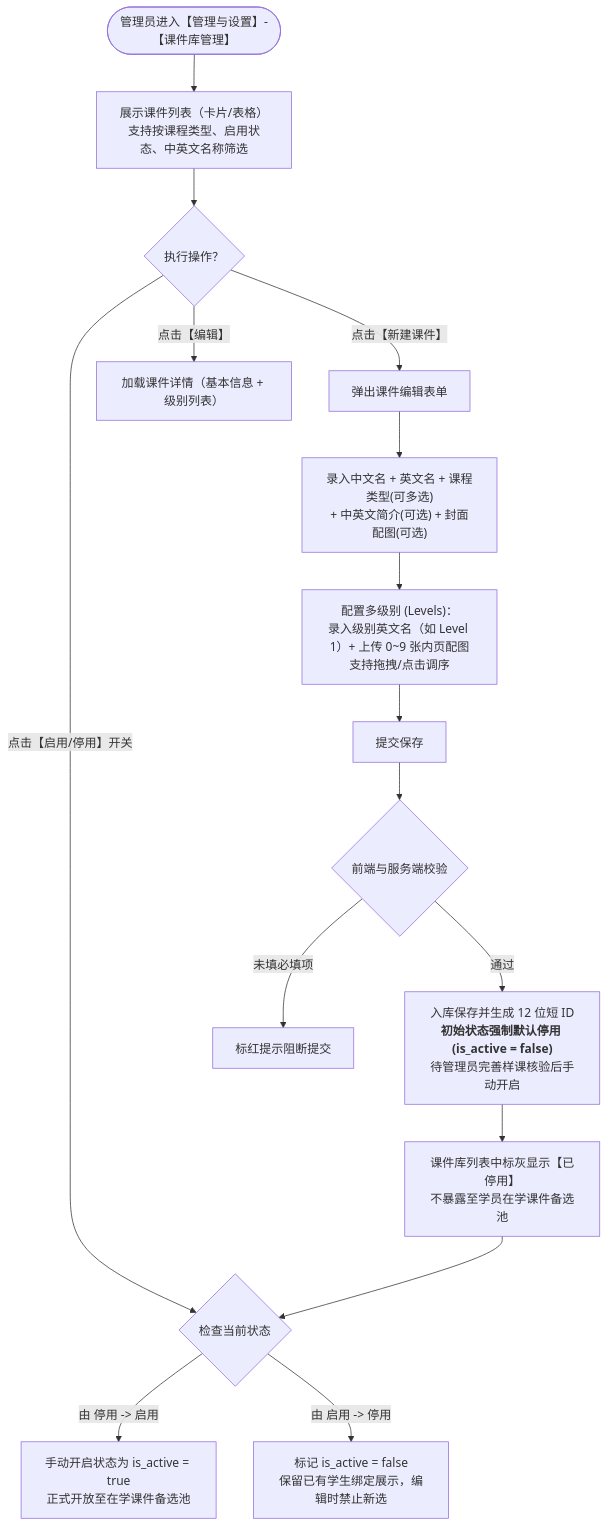
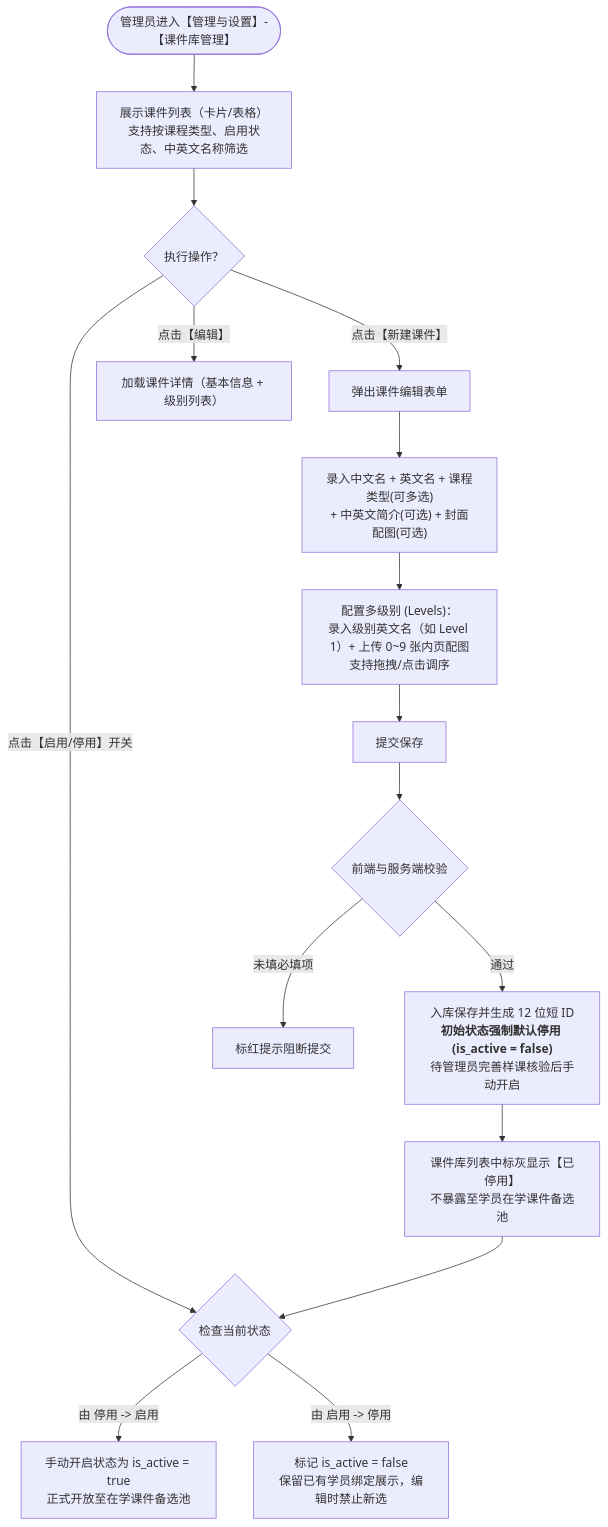
One commit to Onezao/dream changed the first of 4 diagrams in docs/prd/m1e_courseware.md. Above: the diagram before and after it, drawn with Mermaid. The commit also changed other lines of this file and 37 other files, not shown here.

````diff
--- a/docs/prd/m1e_courseware.md
+++ b/docs/prd/m1e_courseware.md
@@ -62,23 +62,23 @@
 ```mermaid
 flowchart TD
     AdminStart(["管理员进入【管理与设置】-【课件库管理】"]) --> ListCourseware["展示课件列表（卡片/表格）<br/>支持按课程类型、启用状态、中英文名称筛选"]
     
     ListCourseware --> ActionChoice{"执行操作？"}
     
     ActionChoice -->|"点击【新建课件】"| OpenCreateModal["弹出课件编辑表单"]
     ActionChoice -->|"点击【编辑】"| OpenEditModal["加载课件详情（基本信息 + 级别列表）"]
     ActionChoice -->|"点击【启用/停用】开关"| ToggleActive{"检查当前状态"}
     
     OpenCreateModal --> InputBaseInfo["录入中文名 + 英文名 + 课程类型(可多选)<br/>+ 中英文简介(可选) + 封面配图(可选)"]
     InputBaseInfo --> ConfigureLevels["配置多级别 (Levels)：<br/>录入级别英文名（如 Level 1）+ 上传 0~9 张内页配图<br/>支持拖拽/点击调序"]
     ConfigureLevels --> SubmitCourseware["提交保存"]
     SubmitCourseware --> ValidatePass{"前端与服务端校验"}
     ValidatePass -->|"通过"| SaveSuccess["入库保存并生成 12 位短 ID<br/><b>初始状态强制默认停用 (is_active = false)</b><br/>待管理员完善样课核验后手动开启"]
     ValidatePass -->|"未填必填项"| ShowError["标红提示阻断提交"]
     
     SaveSuccess --> WaitReview["课件库列表中标灰显示【已停用】<br/>不暴露至学员在学课件备选池"]
     WaitReview --> ToggleActive
     
     ToggleActive -->|"由 停用 -> 启用"| DirectActive["手动开启状态为 is_active = true<br/>正式开放至在学课件备选池"]
-    ToggleActive -->|"由 启用 -> 停用"| SoftDeactivate["标记 is_active = false<br/>保留已有学生绑定展示，编辑时禁止新选"]
+    ToggleActive -->|"由 启用 -> 停用"| SoftDeactivate["标记 is_active = false<br/>保留已有学员绑定展示，编辑时禁止新选"]
 ```
````
